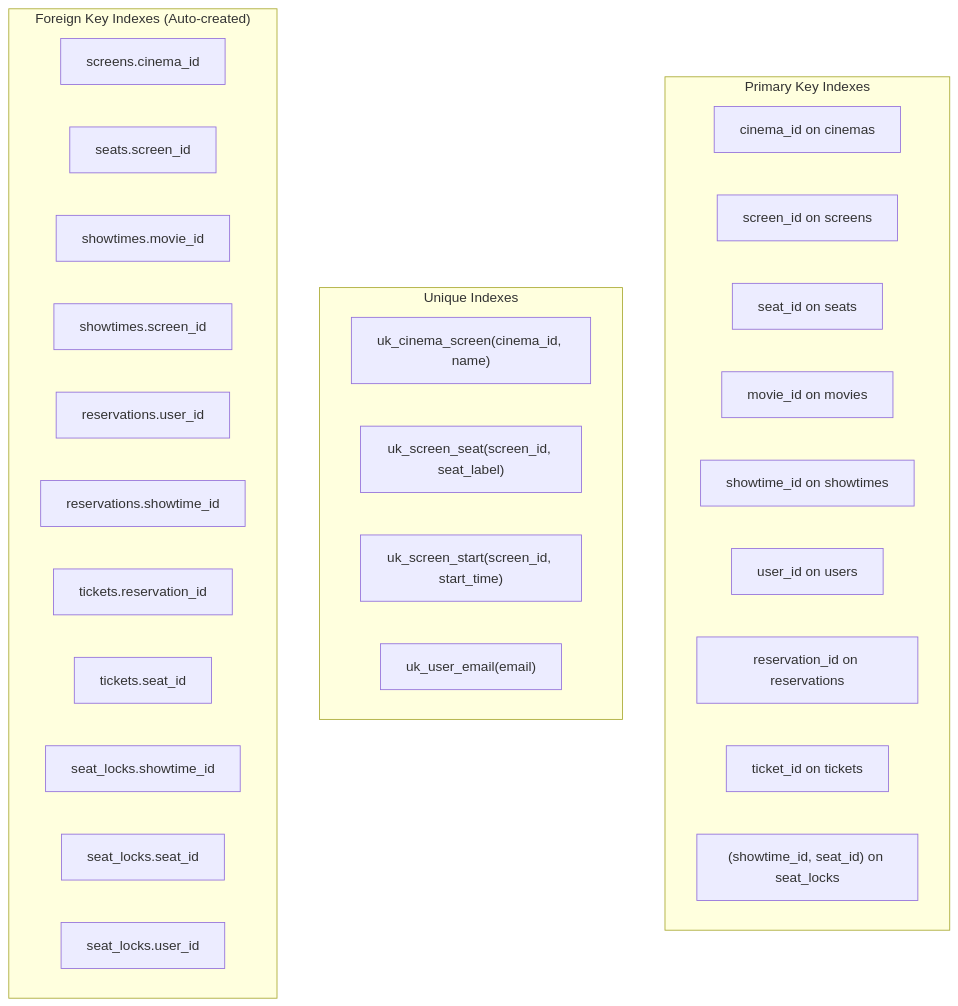
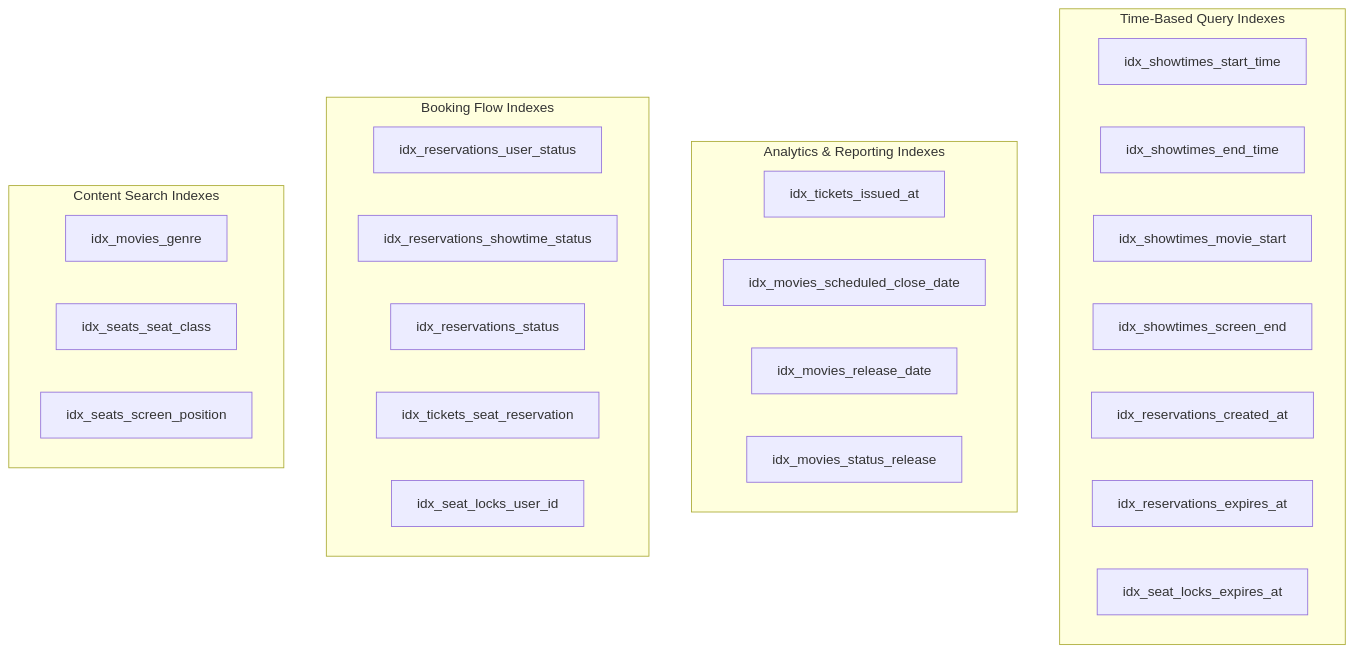
Before and after one commit to tlhtlh2211/vinuni-moviebooking-3H: diagram 11 of 13 in report/report.md, drawn with Mermaid. The commit also changed other lines of this file and 1 other file, not shown here.

````diff
--- a/report/report.md
+++ b/report/report.md
@@ -528,35 +528,33 @@
 ```mermaid
 graph TD
-    subgraph "Primary Key Indexes"
-        PK1[cinema_id on cinemas]
-        PK2[screen_id on screens]
-        PK3[seat_id on seats]
-        PK4[movie_id on movies]
-        PK5[showtime_id on showtimes]
-        PK6[user_id on users]
-        PK7[reservation_id on reservations]
-        PK8[ticket_id on tickets]
-        PK9["(showtime_id, seat_id) on seat_locks"]
+    subgraph "Time-Based Query Indexes"
+        T1[idx_showtimes_start_time]
+        T2[idx_showtimes_end_time]
+        T3[idx_showtimes_movie_start]
+        T4[idx_showtimes_screen_end]
+        T5[idx_reservations_created_at]
+        T6[idx_reservations_expires_at]
+        T7[idx_seat_locks_expires_at]
     end
     
-    subgraph "Unique Indexes"
-        UK1["uk_cinema_screen(cinema_id, name)"]
-        UK2["uk_screen_seat(screen_id, seat_label)"]
-        UK3["uk_screen_start(screen_id, start_time)"]
-        UK4["uk_user_email(email)"]
+    subgraph "Analytics & Reporting Indexes"
+        A1[idx_tickets_issued_at]
+        A2[idx_movies_scheduled_close_date]
+        A3[idx_movies_release_date]
+        A4[idx_movies_status_release]
     end
     
-    subgraph "Foreign Key Indexes (Auto-created)"
-        FK1[screens.cinema_id]
-        FK2[seats.screen_id]
-        FK3[showtimes.movie_id]
-        FK4[showtimes.screen_id]
-        FK5[reservations.user_id]
-        FK6[reservations.showtime_id]
-        FK7[tickets.reservation_id]
-        FK8[tickets.seat_id]
-        FK9[seat_locks.showtime_id]
-        FK10[seat_locks.seat_id]
-        FK11[seat_locks.user_id]
+    subgraph "Booking Flow Indexes"
+        B1[idx_reservations_user_status]
+        B2[idx_reservations_showtime_status]
+        B3[idx_reservations_status]
+        B4[idx_tickets_seat_reservation]
+        B5[idx_seat_locks_user_id]
+    end
+    
+    subgraph "Content Search Indexes"
+        C1[idx_movies_genre]
+        C2[idx_seats_seat_class]
+        C3[idx_seats_screen_position]
     end
 ```
````
